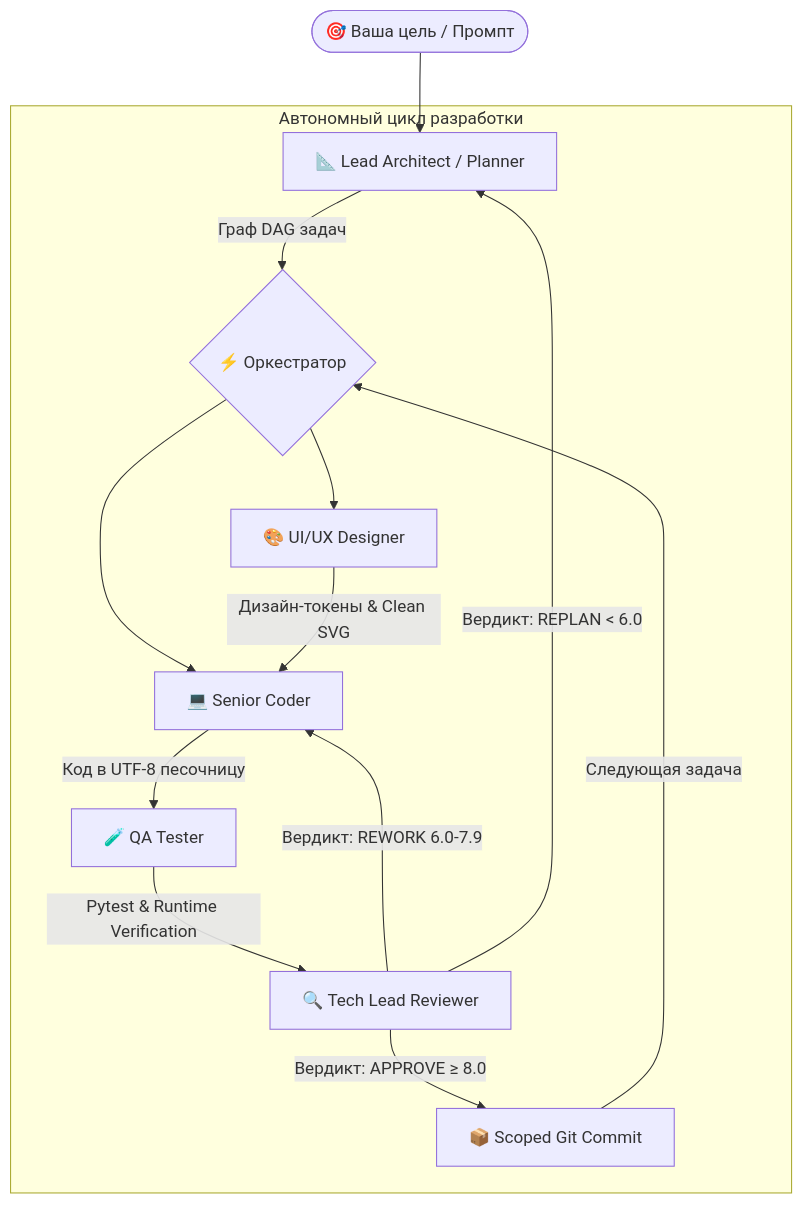
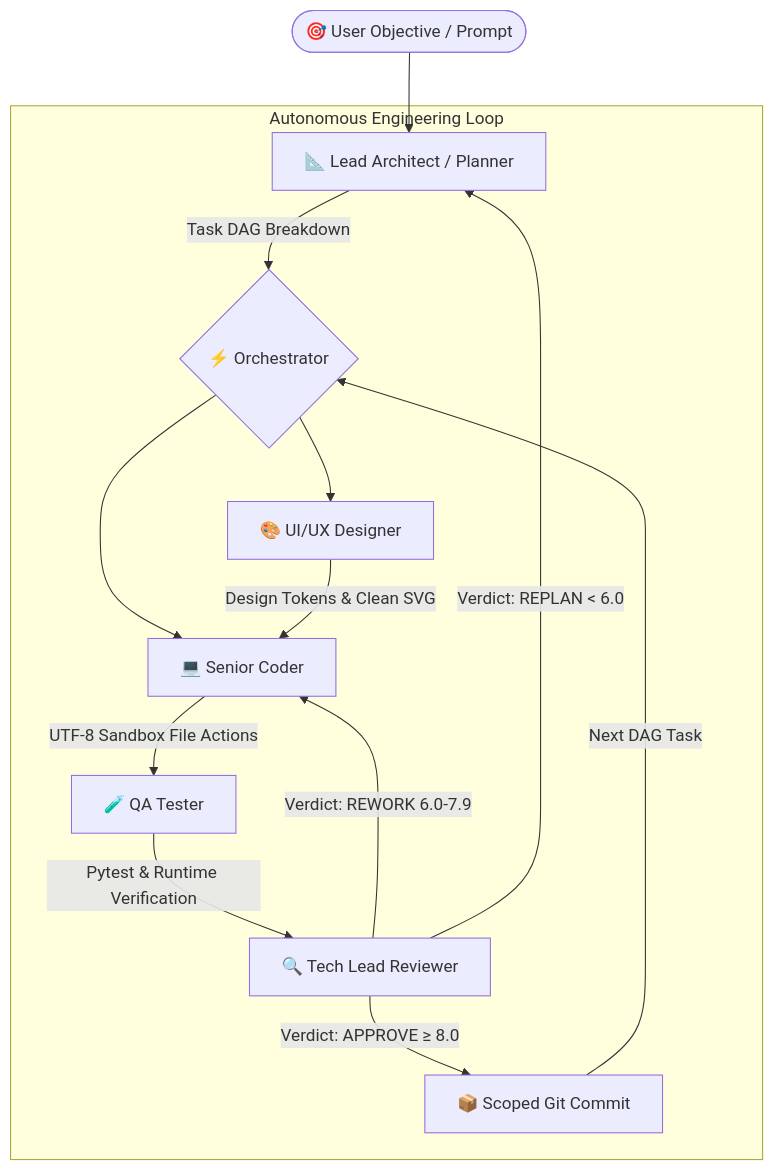
The diagram in README.md (ALEVOLDON/ai-team-website), drawn with Mermaid before and after one commit. The commit also changed other lines of this file, not shown here.

````diff
--- a/README.md
+++ b/README.md
@@ -17,19 +30,19 @@
 ```mermaid
 graph TD
-    User([🎯 Ваша цель / Промпт]) --> Planner[📐 Lead Architect / Planner]
-    Planner -->|Граф DAG задач| Orchestrator{⚡ Оркестратор}
+    User([🎯 User Objective / Prompt]) --> Planner[📐 Lead Architect / Planner]
+    Planner -->|Task DAG Breakdown| Orchestrator{⚡ Orchestrator}
     
-    subgraph Автономный цикл разработки
+    subgraph Autonomous Engineering Loop
         Orchestrator --> Designer[🎨 UI/UX Designer]
         Orchestrator --> Coder[💻 Senior Coder]
-        Designer -->|Дизайн-токены & Clean SVG| Coder
-        Coder -->|Код в UTF-8 песочницу| Tester[🧪 QA Tester]
+        Designer -->|Design Tokens & Clean SVG| Coder
+        Coder -->|UTF-8 Sandbox File Actions| Tester[🧪 QA Tester]
         Tester -->|Pytest & Runtime Verification| Reviewer[🔍 Tech Lead Reviewer]
         
-        Reviewer -->|Вердикт: APPROVE ≥ 8.0| GitManager[📦 Scoped Git Commit]
-        Reviewer -->|Вердикт: REWORK 6.0-7.9| Coder
-        Reviewer -->|Вердикт: REPLAN < 6.0| Planner
+        Reviewer -->|Verdict: APPROVE ≥ 8.0| GitManager[📦 Scoped Git Commit]
+        Reviewer -->|Verdict: REWORK 6.0-7.9| Coder
+        Reviewer -->|Verdict: REPLAN < 6.0| Planner
     end
     
-    GitManager -->|Следующая задача| Orchestrator
+    GitManager -->|Next DAG Task| Orchestrator
 ```
````
